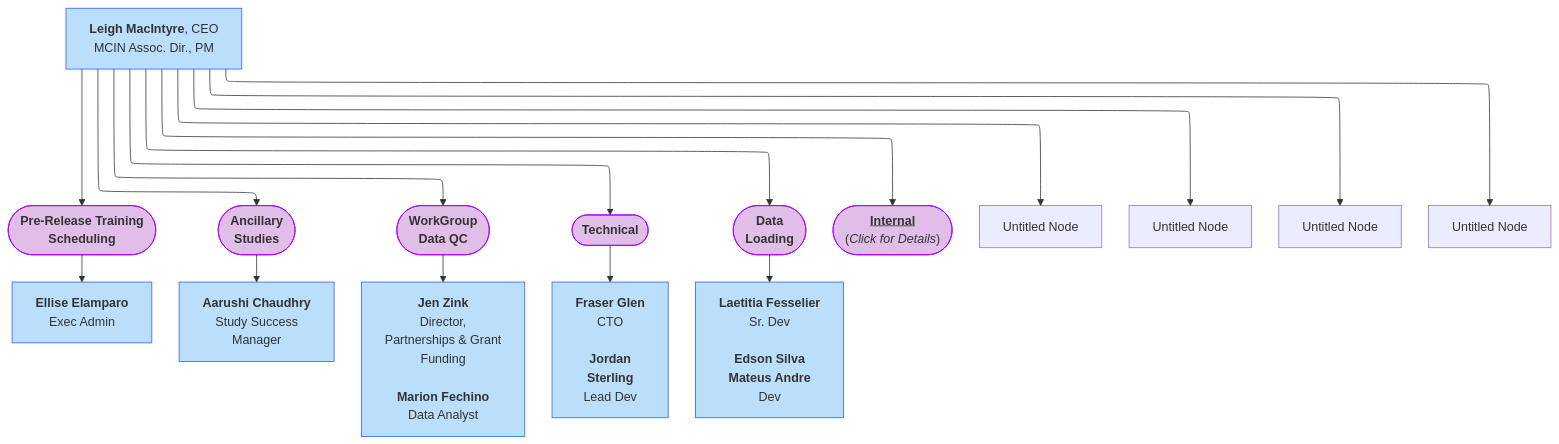
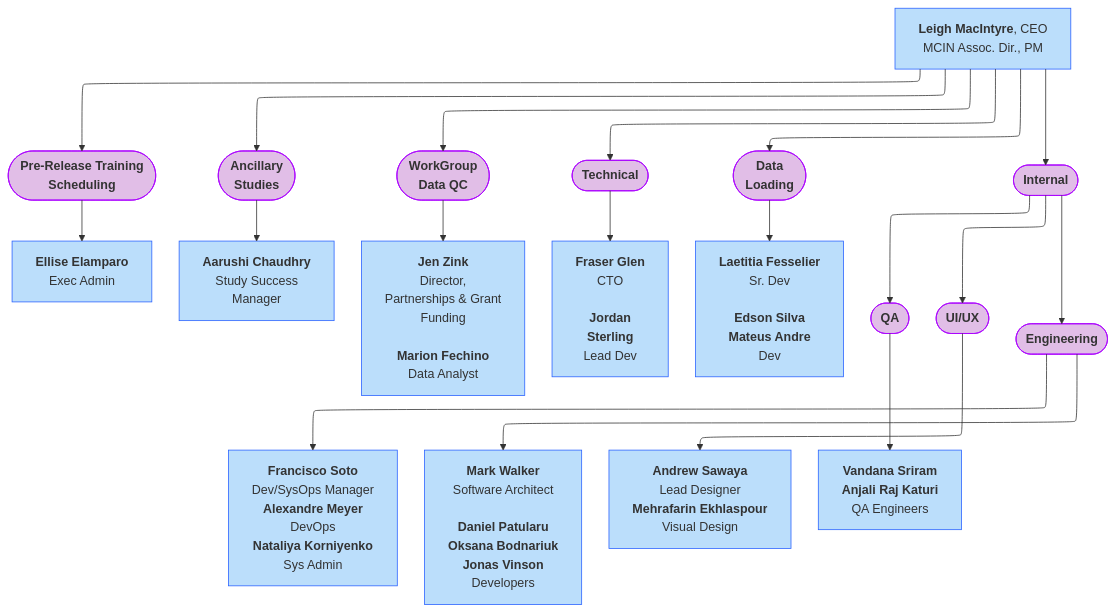
The first of 2 diagrams in docs/orgcharts_alt.md (DCAN-Labs/hbcd-docs-internal), drawn with Mermaid before and after one commit.

Commit message:
lasso alt test

````diff
--- a/docs/orgcharts_alt.md
+++ b/docs/orgcharts_alt.md
@@ -4,27 +4,36 @@
 ```mermaid
 ---
 config:
   layout: elk
 ---
 flowchart TB
-    A["<b>Leigh MacIntyre</b>, CEO<br>MCIN Assoc. Dir., PM"] --> B(["<b>Pre-Release Training<br>Scheduling<br></b>"]) & n1(["<b>Ancillary<br>Studies</b>"]) & n2(["<b>WorkGroup<br>Data QC</b>"]) & n3(["<b>Technical</b>"]) & n4(["<b>Data<br>Loading</b>"]) & n18(["<b><u>Internal</u><br></b>(<i>Click for Details</i>)"]) & n19["Untitled Node"] & n20["Untitled Node"] & n21["Untitled Node"]
+    A["<b>Leigh MacIntyre</b>, CEO<br>MCIN Assoc. Dir., PM"] --> B(["<b>Pre-Release Training<br>Scheduling<br></b>"]) & n1(["<b>Ancillary<br>Studies</b>"]) & n2(["<b>WorkGroup<br>Data QC</b>"]) & n3(["<b>Technical</b>"]) & n4(["<b>Data<br>Loading</b>"]) & n19(["<b>Internal</b>"])
     B --> n5["<b>Ellise Elamparo</b><br>Exec Admin"]
     n1 --> n6["<b>Aarushi Chaudhry<br></b>Study Success<br>Manager"]
     n2 --> n7["<b>Jen Zink<br></b>Director,<br>Partnerships &amp; Grant<br>Funding<br><br><b>Marion Fechino</b><br>Data Analyst"]
     n3 --> n8["<b>Fraser Glen<br></b>CTO<br><br><b>Jordan<br>Sterling<br></b>Lead Dev"]
     n4 --> n9["<b>Laetitia Fesselier<br></b>Sr. Dev<br><b><br>Edson Silva</b><br><b>Mateus Andre<br></b>Dev"]
-    A --> n22["Untitled Node"]
+    n19 --> n21(["<b>QA</b>"]) & n22(["<b>UI/UX</b>"]) & n23(["<b>Engineering</b>"])
+    n23 --> n24["<b>Francisco Soto</b><br>Dev/SysOps Manager<br><b>Alexandre Meyer</b><br>DevOps<br><b>Nataliya Korniyenko<br></b>Sys Admin"] & n25["<b>Mark Walker<br></b>Software Architect<br><br><b>Daniel Patularu</b><br><b>Oksana Bodnariuk<br>Jonas Vinson<br></b>Developers"]
+    n22 --> n26["<b>Andrew Sawaya</b><br>Lead Designer<br><b>Mehrafarin Ekhlaspour</b><br>Visual Design"]
+    n21 --> n27["<b>Vandana Sriram</b><br><b>Anjali Raj Katuri<br></b>QA Engineers"]
     style A fill:#BBDEFB,stroke:#2962FF
     style B fill:#E1BEE7,stroke:#AA00FF
     style n1 fill:#E1BEE7,stroke:#AA00FF
     style n2 fill:#E1BEE7,stroke:#AA00FF
     style n3 fill:#E1BEE7,stroke:#AA00FF
     style n4 fill:#E1BEE7,stroke:#AA00FF
-    style n18 fill:#E1BEE7,stroke:#AA00FF
+    style n19 fill:#E1BEE7,stroke:#AA00FF
     style n5 fill:#BBDEFB,stroke:#2962FF
     style n6 fill:#BBDEFB,stroke:#2962FF
     style n7 fill:#BBDEFB,stroke:#2962FF
     style n8 fill:#BBDEFB,stroke:#2962FF
     style n9 fill:#BBDEFB,stroke:#2962FF
-    click n18 "#internal-non-consortium-facing"
+    style n21 fill:#E1BEE7,stroke:#AA00FF
+    style n22 fill:#E1BEE7,stroke:#AA00FF
+    style n23 fill:#E1BEE7,stroke:#AA00FF
+    style n24 fill:#BBDEFB,stroke:#2962FF
+    style n25 fill:#BBDEFB,stroke:#2962FF
+    style n26 fill:#BBDEFB,stroke:#2962FF
+    style n27 fill:#BBDEFB,stroke:#2962FF
 ```
````
